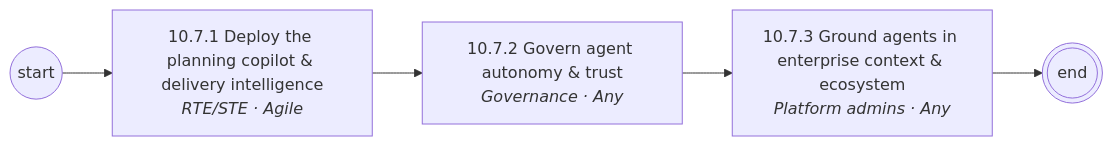
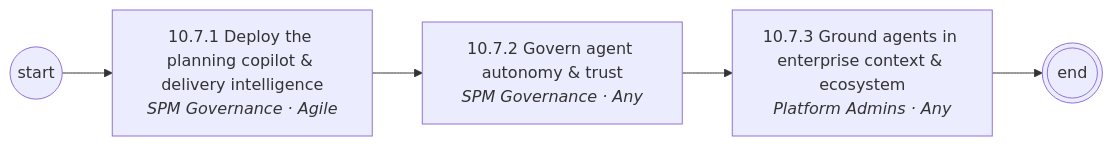
Before and after one commit to corbyjames/apptio-process-catalog: the eighth of 8 diagrams in diagrams/mermaid/area-10.md, drawn with Mermaid. The commit also changed other lines of this file and 251 other files, not shown here.

````diff
--- a/diagrams/mermaid/area-10.md
+++ b/diagrams/mermaid/area-10.md
@@ -109,11 +111,11 @@
 ```mermaid
 flowchart LR
   S((start))
-  N10_7_1["10.7.1 Deploy the planning copilot & delivery intelligence<br/><i>RTE/STE · Agile</i>"]
+  N10_7_1["10.7.1 Deploy the planning copilot & delivery intelligence<br/><i>SPM Governance · Agile</i>"]
   S --> N10_7_1
-  N10_7_2["10.7.2 Govern agent autonomy & trust<br/><i>Governance · Any</i>"]
+  N10_7_2["10.7.2 Govern agent autonomy & trust<br/><i>SPM Governance · Any</i>"]
   N10_7_1 --> N10_7_2
-  N10_7_3["10.7.3 Ground agents in enterprise context & ecosystem<br/><i>Platform admins · Any</i>"]
+  N10_7_3["10.7.3 Ground agents in enterprise context & ecosystem<br/><i>Platform Admins · Any</i>"]
   N10_7_2 --> N10_7_3
   N10_7_3 --> E(((end)))
 ```
````
